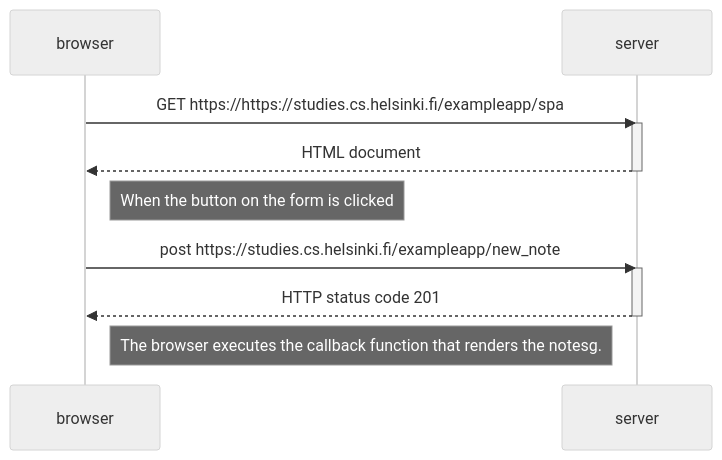
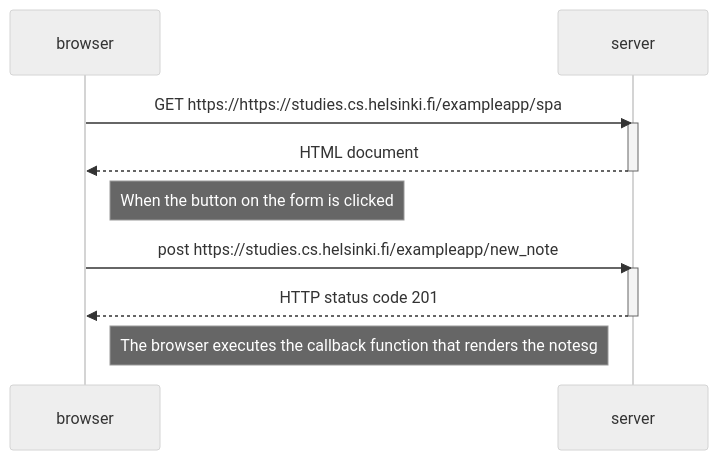
Before and after one commit to VienThanh12/FullStackUnivesityOfHelsinki: the diagram in 0.6:NewNoteInSinglePageAppDiagram.md, drawn with Mermaid (neutral theme).

Commit message:
Exercise 0.6

````diff
--- a/0.6:NewNoteInSinglePageAppDiagram.md
+++ b/0.6:NewNoteInSinglePageAppDiagram.md
@@ -1,19 +1,19 @@
 ```mermaid
 sequenceDiagram
     participant browser
     participant server
 
     browser->>server: GET https://https://studies.cs.helsinki.fi/exampleapp/spa
     activate server
     server-->>browser: HTML document
     deactivate server
     
     Note right of browser: When the button on the form is clicked
     browser->>server: post https://studies.cs.helsinki.fi/exampleapp/new_note
     activate server
     server-->>browser: HTTP status code 201
     deactivate server
 
-    Note right of browser: The browser executes the callback function that renders the notesg.
+    Note right of browser: The browser executes the callback function that renders the notesg
     activate server
 ```
````
